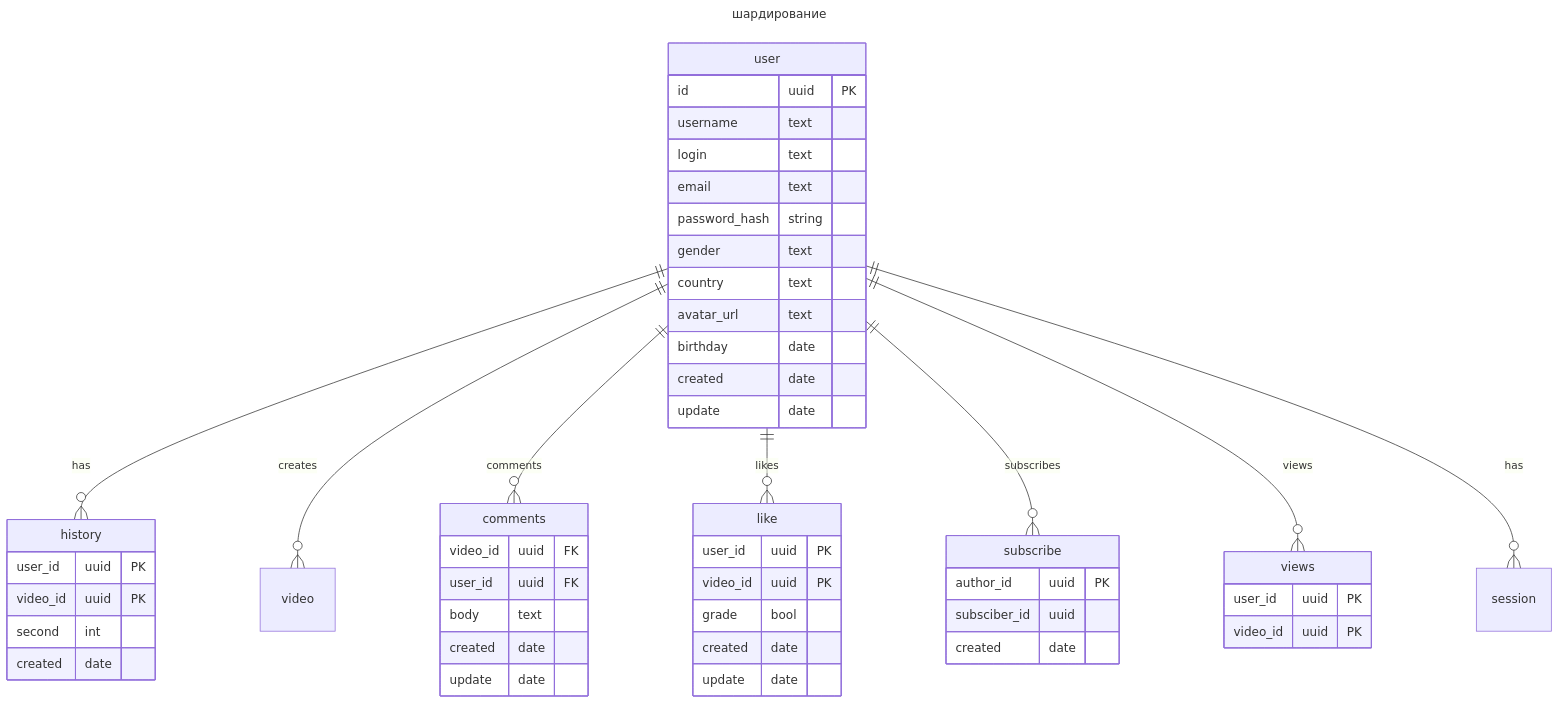
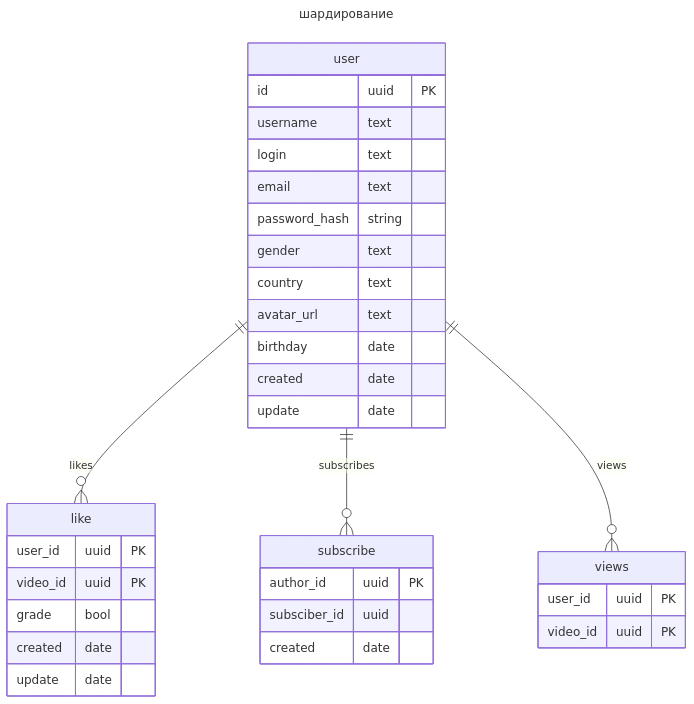
The second of 5 diagrams in README.md (DmitriyKomarovCoder/higload-youtube), drawn with Mermaid before and after one commit. The commit also changed other lines of this file, not shown here.

````diff
--- a/README.md
+++ b/README.md
@@ -633,56 +633,38 @@
 ```mermaid
 ---
 title: шардирование
 ---
 erDiagram
-    history {
-        user_id uuid PK
-        video_id uuid PK
-        second int
-        created date
-    }
     like {
         user_id uuid PK
         video_id uuid PK
         grade bool
         created date
         update date
     }
     user {
         id uuid PK
         username text
         login text
         email text
         password_hash string
         gender text
         country text
         avatar_url text
         birthday date
         created date
         update date
     }
-    comments {
-        video_id uuid FK
-        user_id uuid FK
-        body text
-        created date
-        update date
-    }
     subscribe {
         author_id uuid PK
         subsciber_id uuid
         created date
     }
     views {
         user_id uuid PK
         video_id uuid PK
     }
-    user ||--o{ history : has
-
-    user ||--o{ video : creates
-    user ||--o{ comments : comments
     user ||--o{ like : likes
     user ||--o{ subscribe : subscribes
     user ||--o{ views : views
-    user ||--o{ session : has
 ```
````
